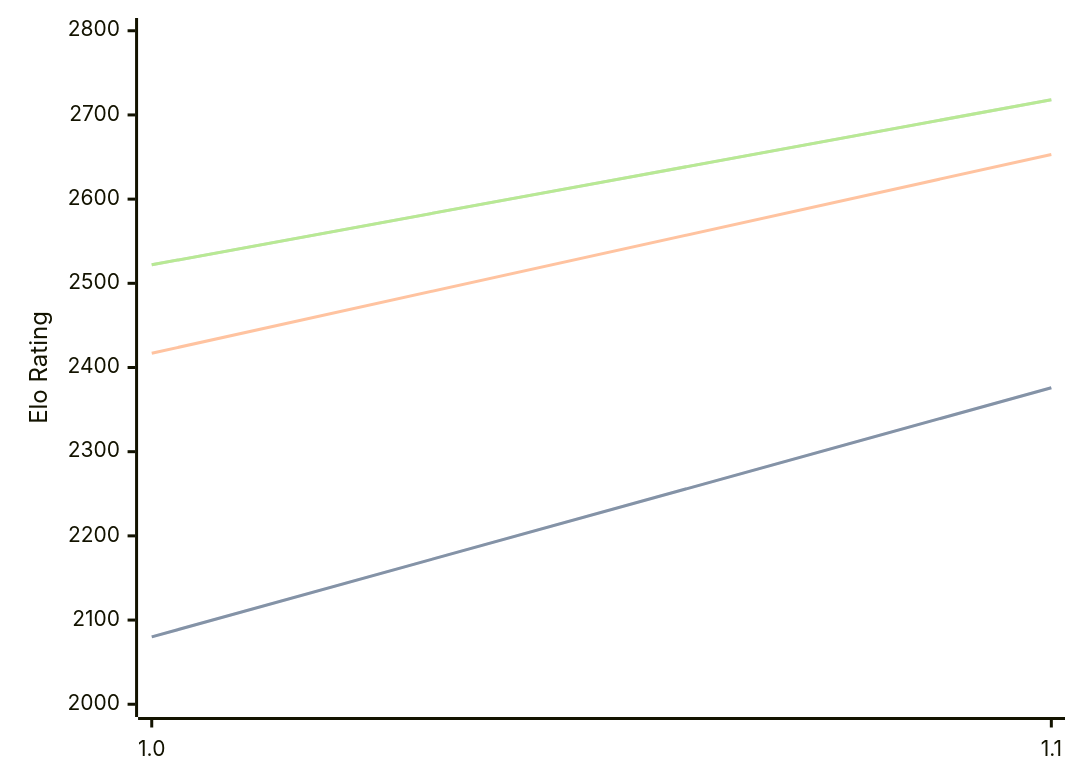
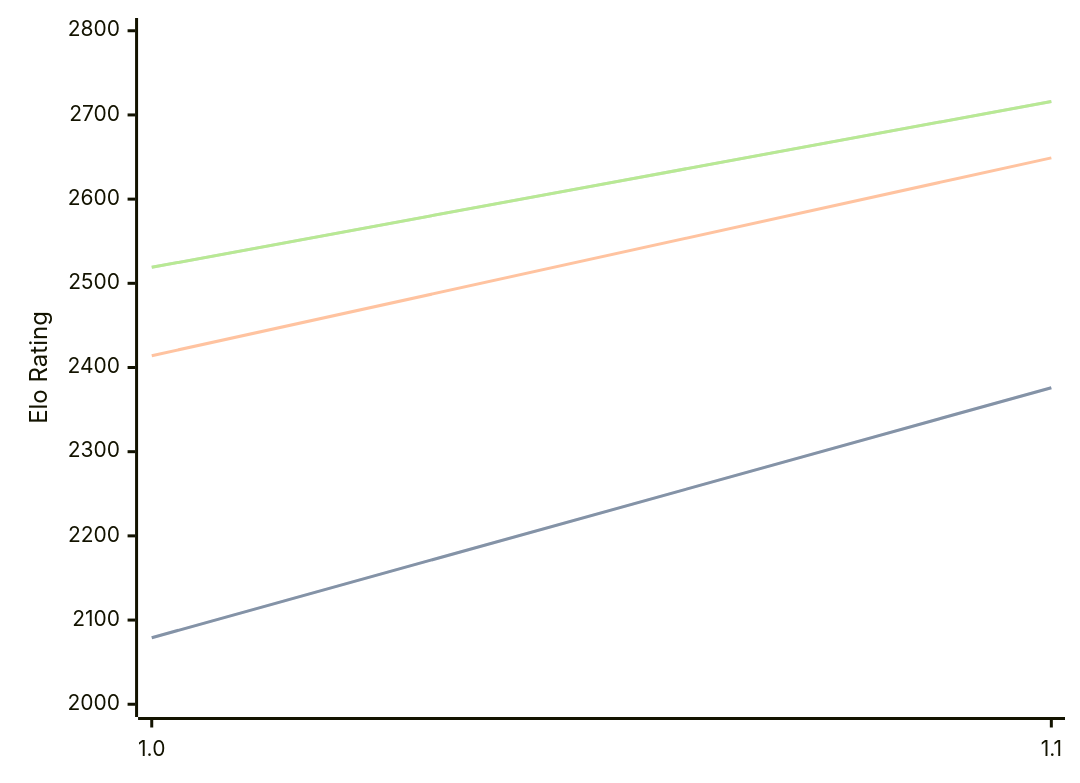
The diagram in engines/Erinn.md (computer-chess-index/cci), drawn with Mermaid before and after one commit. The commit also changed other lines of this file, not shown here.

Commit message:
Update CCI Ratings (ELO VLTC) - 2026-08-12

````diff
--- a/engines/Erinn.md
+++ b/engines/Erinn.md
@@ -32,11 +32,11 @@
 ```mermaid
 %%{init: {"theme":"base","themeVariables":{"seriesColors:['#a3a3a3','#222221','#faa371']}}}%%
 xychart-beta
   x-axis ["1.0", "1.1"]
   y-axis "Elo Rating" 2000 --> 2800
-  line "STC (8.0+0.08s)" [2080, 2376]
-  line "STC (8.0+0.08s)" [2080, 2376]
-  line "LTC (60.0+0.60s)" [2417, 2653]
-  line "VLTC (2m24s+1.12s)" [2522, 2718]
-  line "VLTC (2m24s+1.12s)" [2522, 2718]
+  line "STC (8.0+0.08s)" [2079, 2376]
+  line "STC (8.0+0.08s)" [2079, 2376]
+  line "LTC (60.0+0.60s)" [2414, 2649]
+  line "VLTC (2m24s+1.12s)" [2519, 2716]
+  line "VLTC (2m24s+1.12s)" [2519, 2716]
 ```
````
